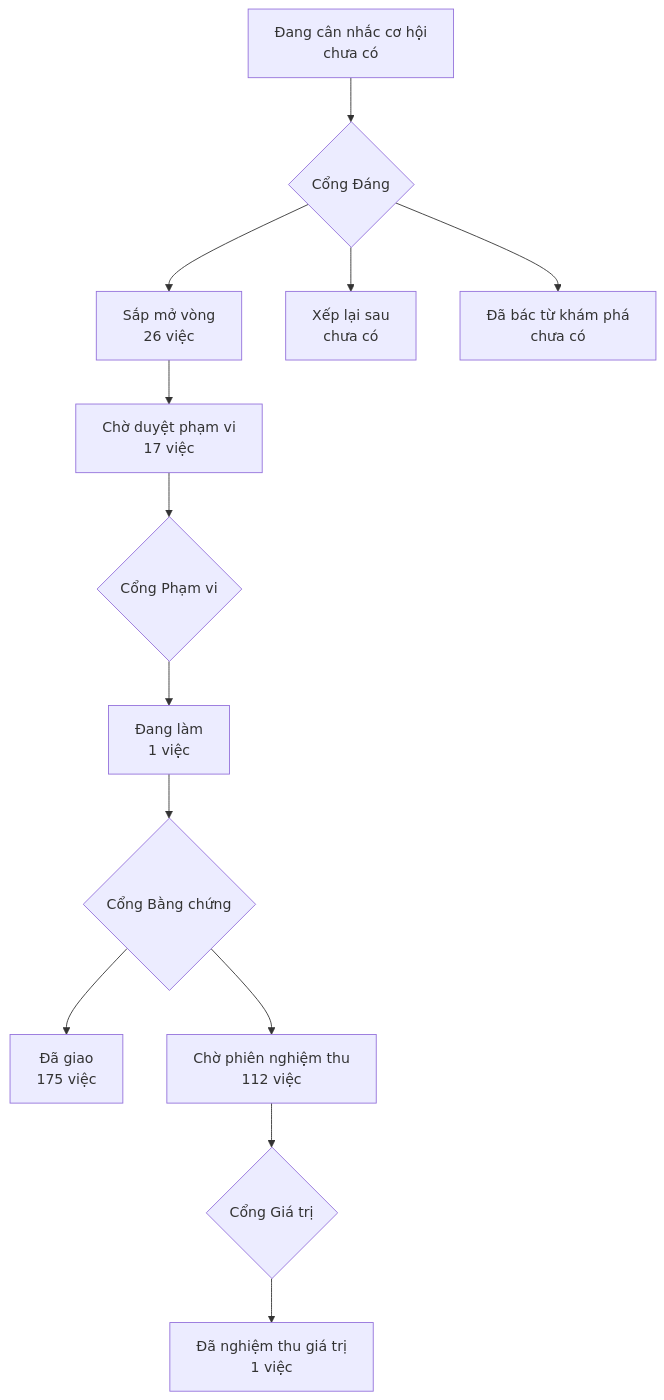
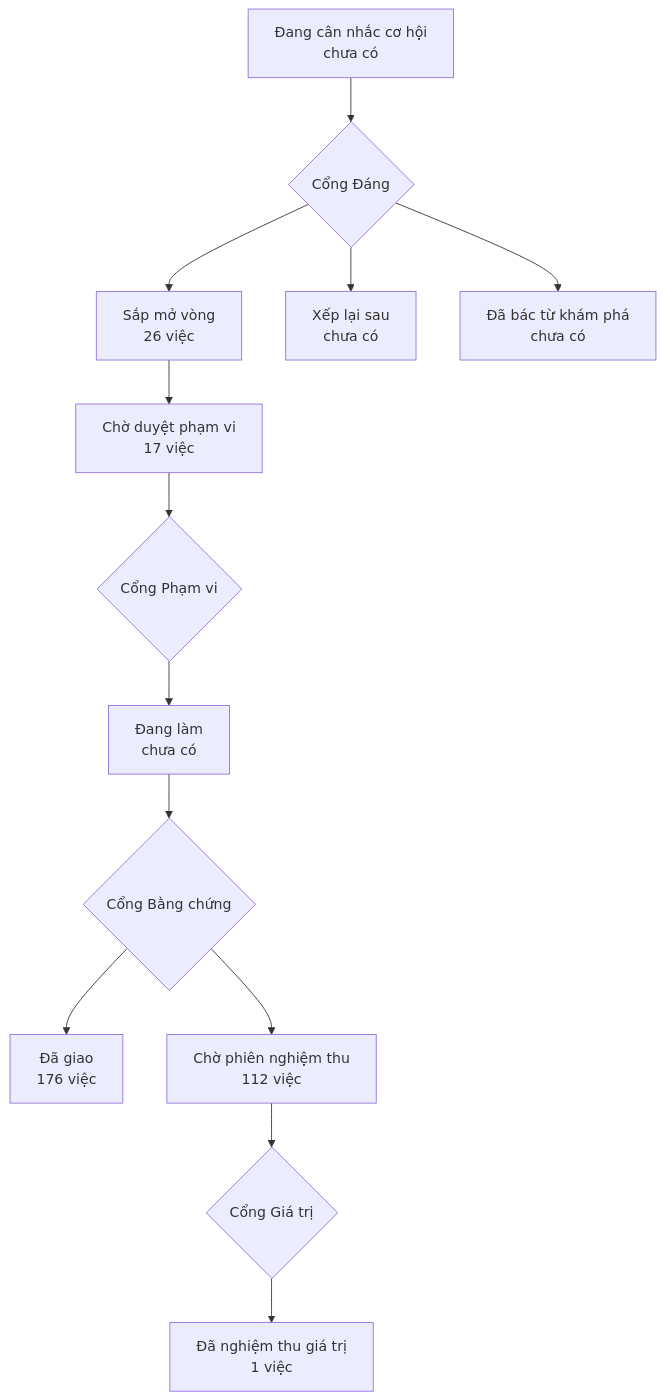
One commit to phanlemanh/onehub-invest changed the diagram in PRODUCT-MAP.md. Above: the diagram before and after it, drawn with Mermaid. The commit also changed other lines of this file and 4 other files, not shown here.

````diff
--- a/PRODUCT-MAP.md
+++ b/PRODUCT-MAP.md
@@ -7,12 +7,12 @@
 ```mermaid
 flowchart TD
   A["Đang cân nhắc cơ hội<br/>chưa có"] --> GD{"Cổng Đáng"}
   GD --> B["Sắp mở vòng<br/>26 việc"]
   GD --> XL["Xếp lại sau<br/>chưa có"]
   GD --> DB["Đã bác từ khám phá<br/>chưa có"]
   B --> CD["Chờ duyệt phạm vi<br/>17 việc"] --> GP{"Cổng Phạm vi"}
-  GP --> DL["Đang làm<br/>1 việc"] --> GB{"Cổng Bằng chứng"}
-  GB --> DG["Đã giao<br/>175 việc"]
+  GP --> DL["Đang làm<br/>chưa có"] --> GB{"Cổng Bằng chứng"}
+  GB --> DG["Đã giao<br/>176 việc"]
   GB --> CN["Chờ phiên nghiệm thu<br/>112 việc"] --> GG{"Cổng Giá trị"}
   GG --> NT["Đã nghiệm thu giá trị<br/>1 việc"]
 ```
````
